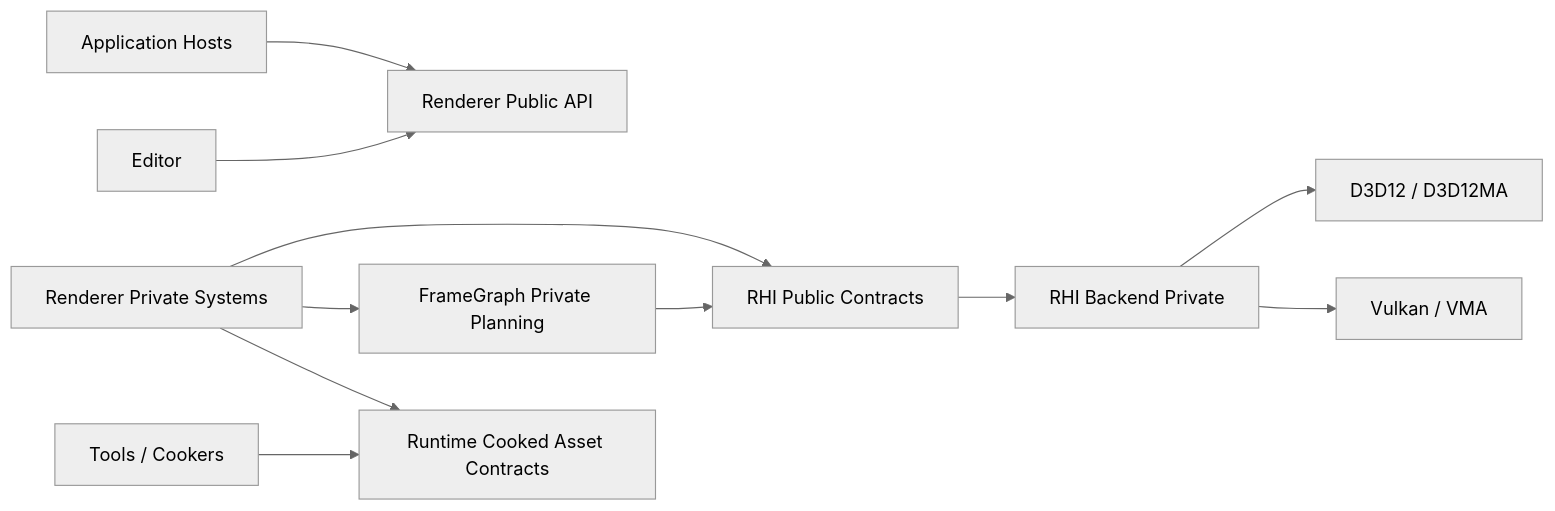
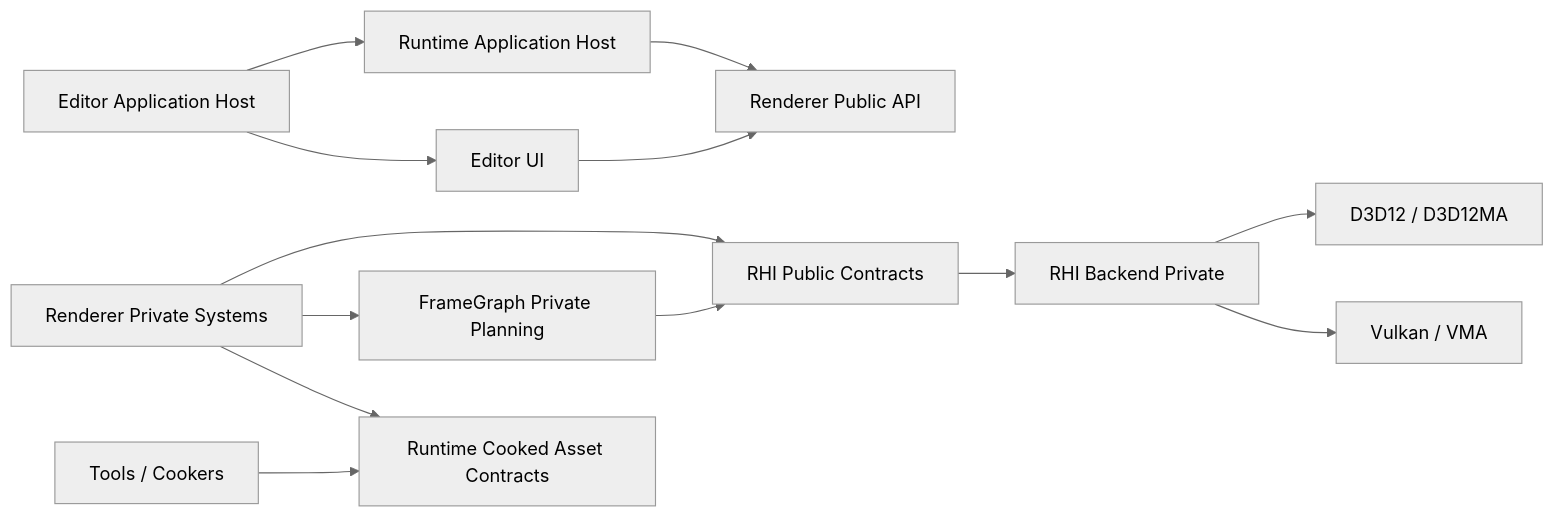
Before and after one commit to stoleckipawel/SparkleEngine: the second of 8 diagrams in docs/architecture/rhi-growth-architecture-review.md, drawn with Mermaid (neutral theme). The commit also changed other lines of this file and 28 other files, not shown here.

````diff
--- a/docs/architecture/rhi-growth-architecture-review.md
+++ b/docs/architecture/rhi-growth-architecture-review.md
@@ -281,13 +281,15 @@
 ```mermaid
 flowchart LR
-    App[Application Hosts] --> RendererPublic[Renderer Public API]
-    Editor[Editor] --> RendererPublic
+    RuntimeApp[Runtime Application Host] --> RendererPublic[Renderer Public API]
+    EditorApp[Editor Application Host] --> RuntimeApp
+    EditorApp --> Editor[Editor UI]
+    Editor[Editor UI] --> RendererPublic
     RendererPrivate[Renderer Private Systems] --> RhiPublic[RHI Public Contracts]
     RendererPrivate --> FrameGraph[FrameGraph Private Planning]
     FrameGraph --> RhiPublic
     RendererPrivate --> RuntimeAssets[Runtime Cooked Asset Contracts]
     Tools[Tools / Cookers] --> RuntimeAssets
     RhiPublic --> RhiPrivate[RHI Backend Private]
     RhiPrivate --> D3D12[D3D12 / D3D12MA]
     RhiPrivate --> Vulkan[Vulkan / VMA]
 ```
````
